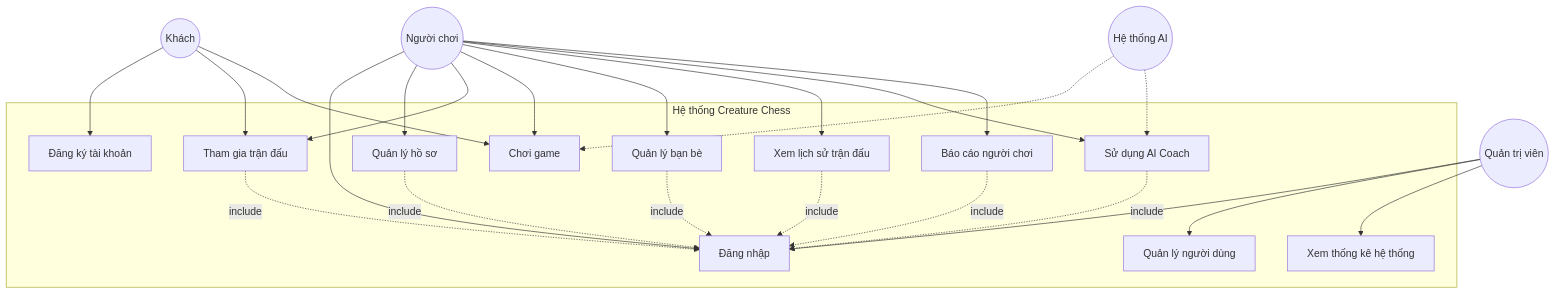
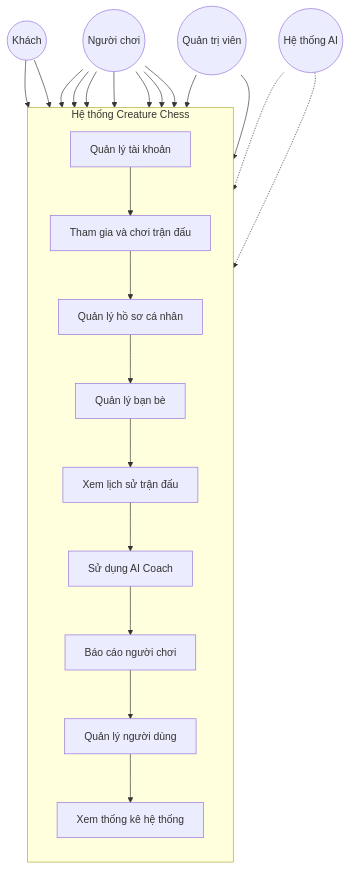
The first of 30 diagrams in docs/3.2-PHAN-TICH-THIET-KE-HE-THONG.md (HuyHoang091/creature-chess), drawn with Mermaid before and after one commit. The commit also changed other lines of this file and 1 other file, not shown here.

````diff
--- a/docs/3.2-PHAN-TICH-THIET-KE-HE-THONG.md
+++ b/docs/3.2-PHAN-TICH-THIET-KE-HE-THONG.md
@@ -98,48 +98,54 @@
 ```mermaid
 graph TB
-    subgraph "Hệ thống Creature Chess"
-        UC1[Đăng ký tài khoản]
-        UC2[Đăng nhập]
-        UC3[Quản lý hồ sơ]
-        UC4[Tham gia trận đấu]
-        UC5[Chơi game]
-        UC6[Quản lý bạn bè]
-        UC7[Xem lịch sử trận đấu]
-        UC8[Sử dụng AI Coach]
-        UC9[Báo cáo người chơi]
-        UC10[Quản lý người dùng]
-        UC11[Xem thống kê hệ thống]
-    end
-
+    %% Actors
+    Guest((Khách))
     Player((Người chơi))
-    Guest((Khách))
     Admin((Quản trị viên))
     AI((Hệ thống AI))
 
+    %% Hệ thống
+    subgraph System["Hệ thống Creature Chess"]
+        direction TB
+
+        UC1[Quản lý tài khoản]
+        UC2[Tham gia và chơi trận đấu]
+        UC3[Quản lý hồ sơ cá nhân]
+        UC4[Quản lý bạn bè]
+        UC5[Xem lịch sử trận đấu]
+        UC6[Sử dụng AI Coach]
+        UC7[Báo cáo người chơi]
+        UC8[Quản lý người dùng]
+        UC9[Xem thống kê hệ thống]
+
+        %% Ép sơ đồ dài theo chiều dọc
+        UC1 --> UC2
+        UC2 --> UC3
+        UC3 --> UC4
+        UC4 --> UC5
+        UC5 --> UC6
+        UC6 --> UC7
+        UC7 --> UC8
+        UC8 --> UC9
+    end
+
+    %% Khách
+    Guest --> UC1
+    Guest --> UC2
+
+    %% Người chơi
+    Player --> UC1
     Player --> UC2
     Player --> UC3
     Player --> UC4
     Player --> UC5
     Player --> UC6
     Player --> UC7
-    Player --> UC8
-    Player --> UC9
 
-    Guest --> UC1
-    Guest --> UC4
-    Guest --> UC5
+    %% Quản trị viên
+    Admin --> UC8
+    Admin --> UC9
 
-    Admin --> UC2
-    Admin --> UC10
-    Admin --> UC11
-
-    AI -.-> UC5
-    AI -.-> UC8
-
-    UC3 -.include.-> UC2
-    UC4 -.include.-> UC2
-    UC6 -.include.-> UC2
-    UC7 -.include.-> UC2
-    UC8 -.include.-> UC2
-    UC9 -.include.-> UC2
+    %% Hệ thống AI
+    AI -.-> UC2
+    AI -.-> UC6
 ```
````
